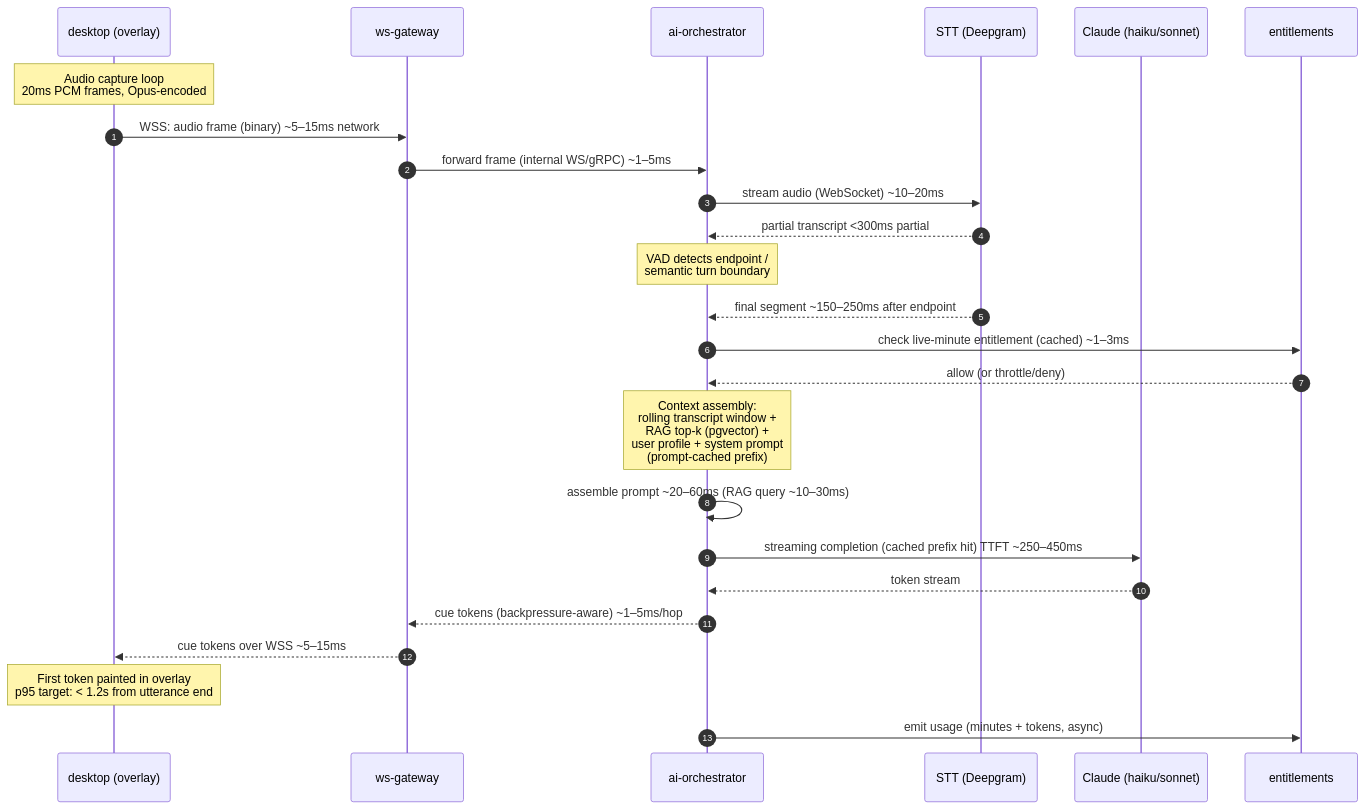
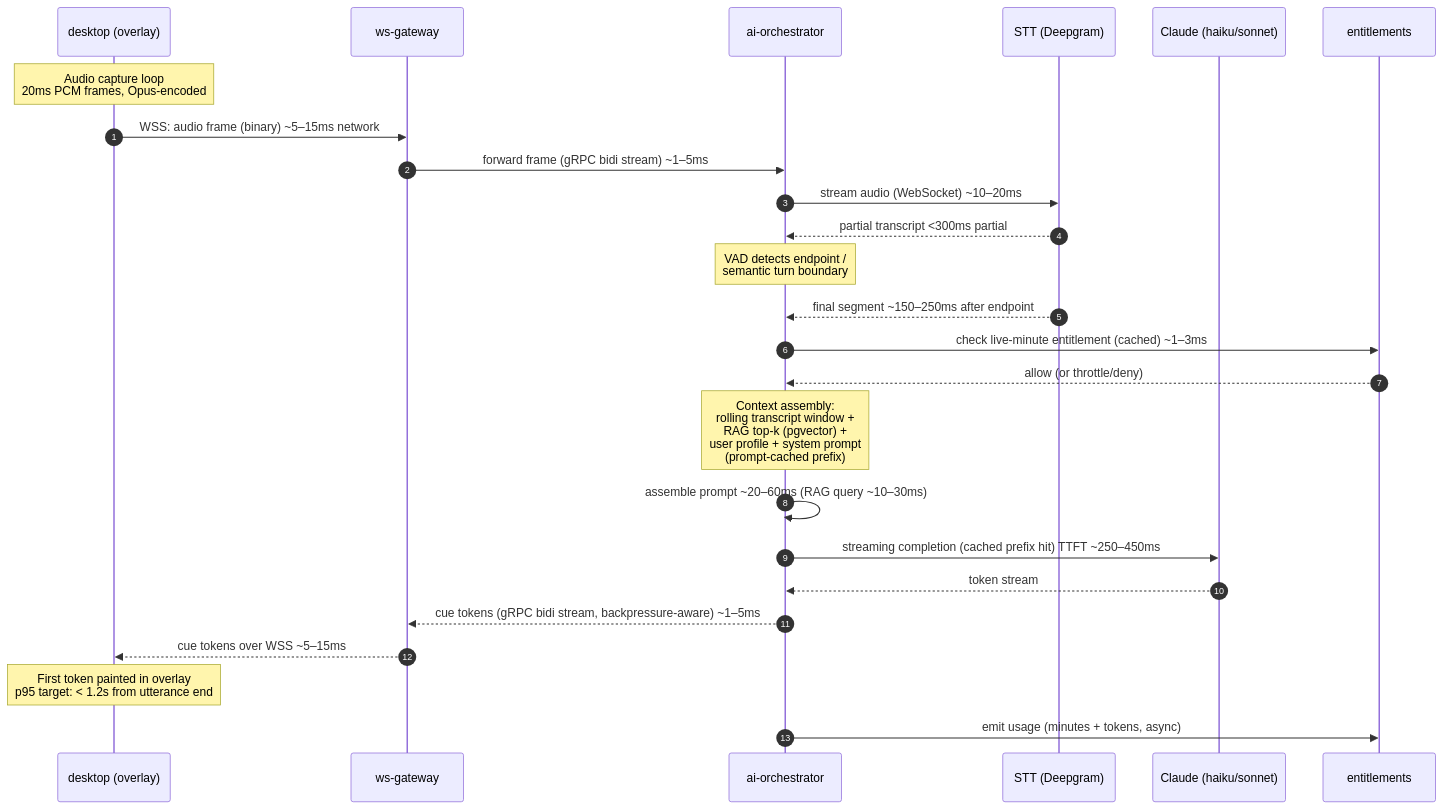
One commit to DarwinCamahalan/meeting-note-taker-ai changed the third of 3 diagrams in docs/02-system-architecture.md. Above: the diagram before and after it, drawn with Mermaid. The commit also changed other lines of this file and 11 other files, not shown here.

````diff
--- a/docs/02-system-architecture.md
+++ b/docs/02-system-architecture.md
@@ -149,32 +149,32 @@
 ```mermaid
 sequenceDiagram
     autonumber
     participant D as desktop (overlay)
     participant G as ws-gateway
     participant O as ai-orchestrator
     participant S as STT (Deepgram)
     participant C as Claude (haiku/sonnet)
     participant E as entitlements
 
     Note over D: Audio capture loop<br/>20ms PCM frames, Opus-encoded
     D->>G: WSS: audio frame (binary)  ~5–15ms network
-    G->>O: forward frame (internal WS/gRPC)  ~1–5ms
+    G->>O: forward frame (gRPC bidi stream)  ~1–5ms
     O->>S: stream audio (WebSocket)  ~10–20ms
     S-->>O: partial transcript  <300ms partial
     Note over O: VAD detects endpoint /<br/>semantic turn boundary
     S-->>O: final segment  ~150–250ms after endpoint
 
     O->>E: check live-minute entitlement (cached)  ~1–3ms
     E-->>O: allow (or throttle/deny)
 
     Note over O: Context assembly:<br/>rolling transcript window +<br/>RAG top-k (pgvector) +<br/>user profile + system prompt<br/>(prompt-cached prefix)
     O->>O: assemble prompt  ~20–60ms (RAG query ~10–30ms)
 
     O->>C: streaming completion (cached prefix hit)  TTFT ~250–450ms
     C-->>O: token stream
-    O-->>G: cue tokens (backpressure-aware)  ~1–5ms/hop
+    O-->>G: cue tokens (gRPC bidi stream, backpressure-aware)  ~1–5ms
     G-->>D: cue tokens over WSS  ~5–15ms
     Note over D: First token painted in overlay<br/>p95 target: < 1.2s from utterance end
 
     O->>E: emit usage (minutes + tokens, async)
 ```
````
